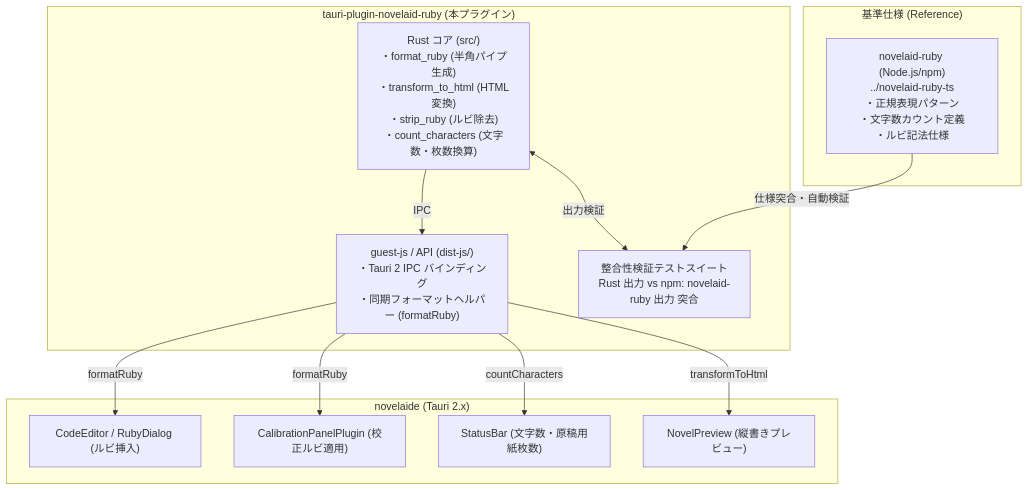
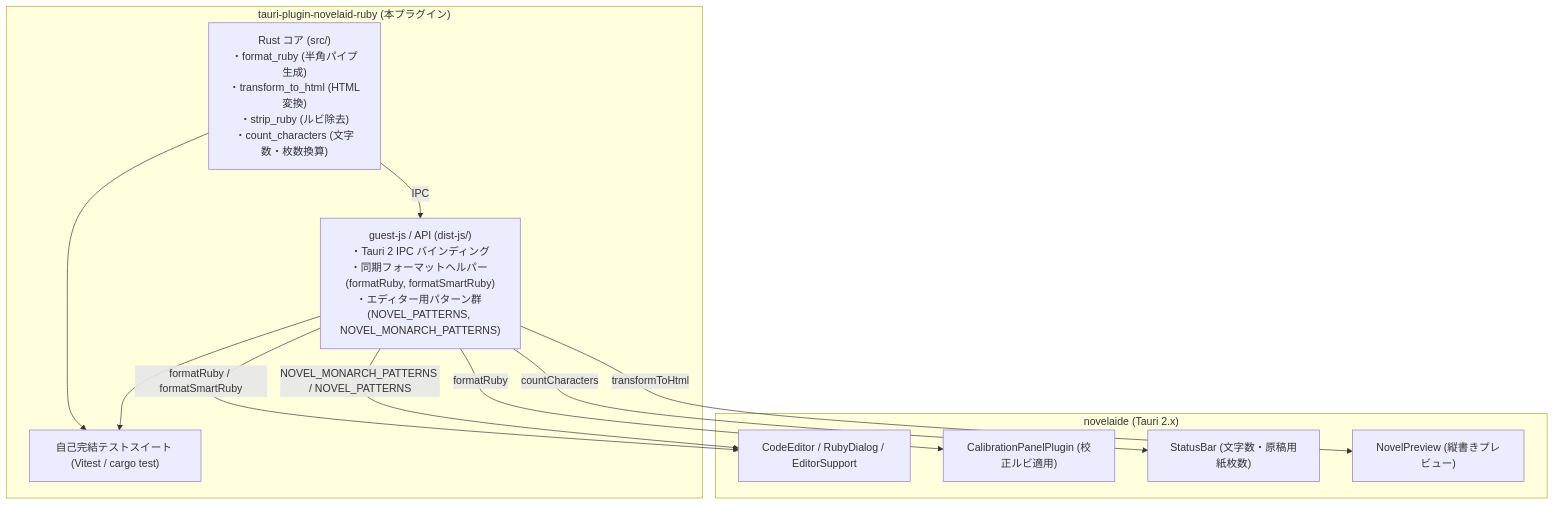
The diagram in docs/dev/小説ルビ記法・文字数処理プラグイン仕様.md (mituha/novelaide), drawn with Mermaid before and after one commit. The commit also changed other lines of this file and 20 other files, not shown here.

Commit message:
fix(ruby): novelaid-rubyの依存を排除しtauri-plugin-novelaid-rubyへ移行・自己完結化

````diff
--- a/docs/dev/小説ルビ記法・文字数処理プラグイン仕様.md
+++ b/docs/dev/小説ルビ記法・文字数処理プラグイン仕様.md
@@ -22,28 +23,25 @@
 ```mermaid
 graph TD
-    subgraph Spec["基準仕様 (Reference)"]
-        NpmRuby["novelaid-ruby (Node.js/npm)<br/>../novelaid-ruby-ts<br/>・正規表現パターン<br/>・文字数カウント定義<br/>・ルビ記法仕様"]
-    end
-
     subgraph Plugin["tauri-plugin-novelaid-ruby (本プラグイン)"]
         RustCore["Rust コア (src/)<br/>・format_ruby (半角パイプ生成)<br/>・transform_to_html (HTML変換)<br/>・strip_ruby (ルビ除去)<br/>・count_characters (文字数・枚数換算)"]
-        GuestJS["guest-js / API (dist-js/)<br/>・Tauri 2 IPC バインディング<br/>・同期フォーマットヘルパー (formatRuby)"]
-        CompatTest["整合性検証テストスイート<br/>Rust 出力 vs npm: novelaid-ruby 出力 突合"]
+        GuestJS["guest-js / API (dist-js/)<br/>・Tauri 2 IPC バインディング<br/>・同期フォーマットヘルパー (formatRuby, formatSmartRuby)<br/>・エディター用パターン群 (NOVEL_PATTERNS, NOVEL_MONARCH_PATTERNS)"]
+        PluginTest["自己完結テストスイート (Vitest / cargo test)"]
     end
 
     subgraph Novelaide["novelaide (Tauri 2.x)"]
-        FE_Editor["CodeEditor / RubyDialog (ルビ挿入)"]
+        FE_Editor["CodeEditor / RubyDialog / EditorSupport"]
         FE_Calib["CalibrationPanelPlugin (校正ルビ適用)"]
         FE_Status["StatusBar (文字数・原稿用紙枚数)"]
         FE_Preview["NovelPreview (縦書きプレビュー)"]
     end
 
-    NpmRuby -->|"仕様突合・自動検証"| CompatTest
-    RustCore <-->|"出力検証"| CompatTest
     RustCore -->|"IPC"| GuestJS
+    RustCore --> PluginTest
+    GuestJS --> PluginTest
 
-    GuestJS -->|"formatRuby"| FE_Editor
+    GuestJS -->|"formatRuby / formatSmartRuby"| FE_Editor
+    GuestJS -->|"NOVEL_MONARCH_PATTERNS / NOVEL_PATTERNS"| FE_Editor
     GuestJS -->|"formatRuby"| FE_Calib
     GuestJS -->|"countCharacters"| FE_Status
     GuestJS -->|"transformToHtml"| FE_Preview
 ```
````
